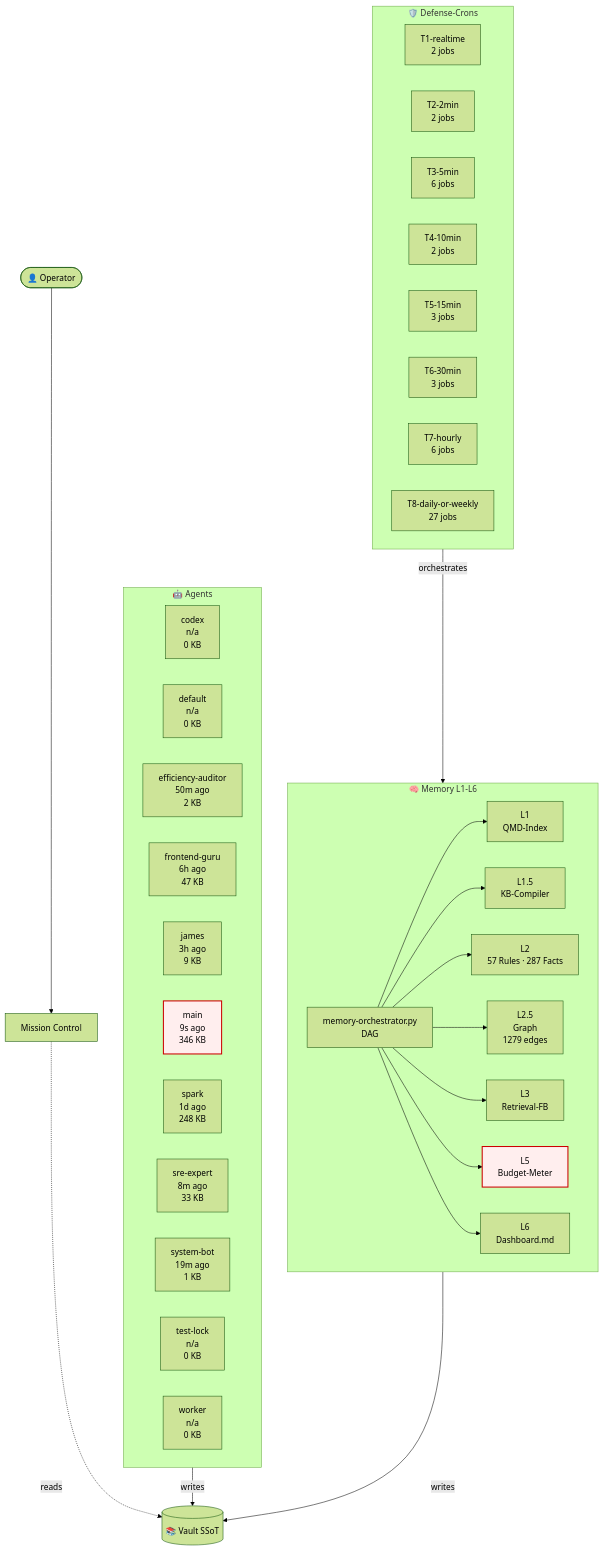
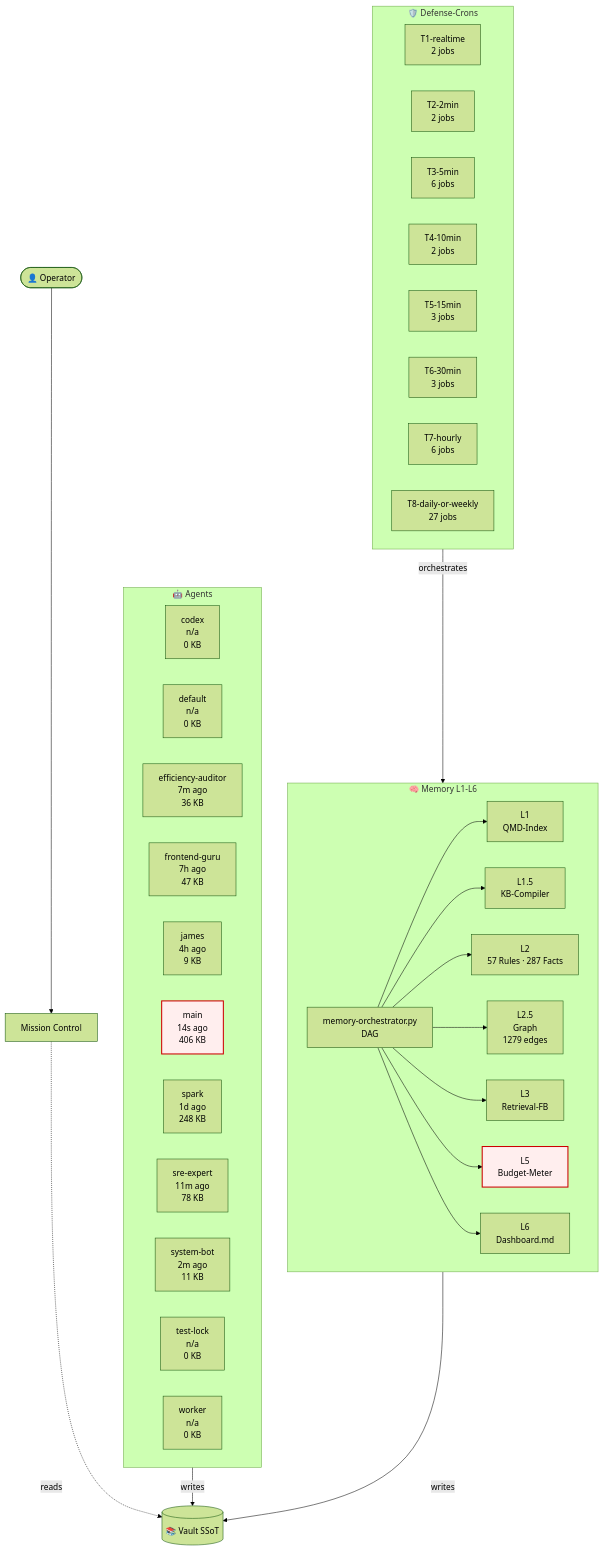
Before and after one commit to lenardhuebner88-rgb/openclaw-memory: the diagram in 03-Agents/architecture-live.md, drawn with Mermaid (forest theme). The commit also changed other lines of this file and 2 other files, not shown here.

````diff
--- a/03-Agents/architecture-live.md
+++ b/03-Agents/architecture-live.md
@@ -18,54 +18,54 @@
 ```mermaid
 flowchart TB
     classDef critical fill:#fee,stroke:#c00,stroke-width:2px;
     subgraph AGT["🤖 Agents"]
         agent_codex["codex<br/>n/a<br/>0 KB"]
         agent_default["default<br/>n/a<br/>0 KB"]
-        agent_efficiency_auditor["efficiency-auditor<br/>50m ago<br/>2 KB"]
-        agent_frontend_guru["frontend-guru<br/>6h ago<br/>47 KB"]
-        agent_james["james<br/>3h ago<br/>9 KB"]
-        agent_main["main<br/>9s ago<br/>346 KB"]
+        agent_efficiency_auditor["efficiency-auditor<br/>7m ago<br/>36 KB"]
+        agent_frontend_guru["frontend-guru<br/>7h ago<br/>47 KB"]
+        agent_james["james<br/>4h ago<br/>9 KB"]
+        agent_main["main<br/>14s ago<br/>406 KB"]
         agent_spark["spark<br/>1d ago<br/>248 KB"]
-        agent_sre_expert["sre-expert<br/>8m ago<br/>33 KB"]
-        agent_system_bot["system-bot<br/>19m ago<br/>1 KB"]
+        agent_sre_expert["sre-expert<br/>11m ago<br/>78 KB"]
+        agent_system_bot["system-bot<br/>2m ago<br/>11 KB"]
         agent_test_lock["test-lock<br/>n/a<br/>0 KB"]
         agent_worker["worker<br/>n/a<br/>0 KB"]
     end
     subgraph MEM["🧠 Memory L1-L6"]
         L1["L1<br/>QMD-Index"]
         L15["L1.5<br/>KB-Compiler"]
         L2["L2<br/>57 Rules · 287 Facts"]
         L25["L2.5<br/>Graph<br/>1279 edges"]
         L3["L3<br/>Retrieval-FB"]
         L5["L5<br/>Budget-Meter"]
         L6["L6<br/>Dashboard.md"]
         ORCH["memory-orchestrator.py<br/>DAG"]
     end
     subgraph CRN["🛡️ Defense-Crons"]
         tier_T1_realtime["T1-realtime<br/>2 jobs"]
         tier_T2_2min["T2-2min<br/>2 jobs"]
         tier_T3_5min["T3-5min<br/>6 jobs"]
         tier_T4_10min["T4-10min<br/>2 jobs"]
         tier_T5_15min["T5-15min<br/>3 jobs"]
         tier_T6_30min["T6-30min<br/>3 jobs"]
         tier_T7_hourly["T7-hourly<br/>6 jobs"]
         tier_T8_daily_or_weekly["T8-daily-or-weekly<br/>27 jobs"]
     end
     VAULT[("📚 Vault SSoT")]
     OP([👤 Operator])
     MC["Mission Control"]
     OP --> MC
     MC -.reads.-> VAULT
     AGT -->|writes| VAULT
     MEM -->|writes| VAULT
     ORCH --> L1
     ORCH --> L15
     ORCH --> L2
     ORCH --> L25
     ORCH --> L3
     ORCH --> L5
     ORCH --> L6
     CRN -->|orchestrates| MEM
     class L5 critical
     class agent_main critical
 ```
````
